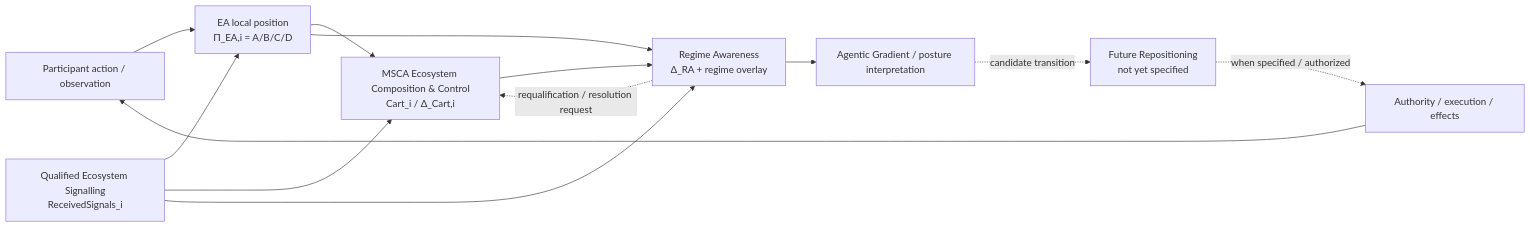
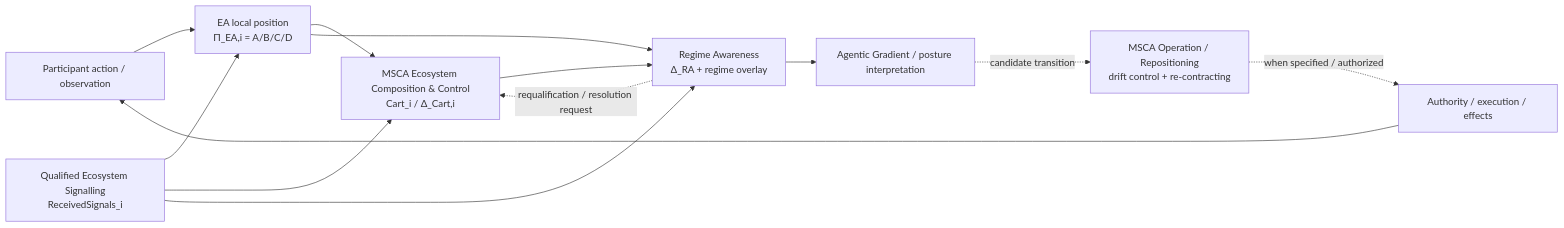
The diagram in architectural-contributions/ecosystem-positioning/README.md (dakleyer/structural-awareness-contributions), drawn with Mermaid before and after one commit. The commit also changed other lines of this file, not shown here.

Commit message:
Promote canonical repositioning in Ecosystem Positioning circuit

````diff
--- a/architectural-contributions/ecosystem-positioning/README.md
+++ b/architectural-contributions/ecosystem-positioning/README.md
@@ -39,24 +39,24 @@
 ```mermaid
 flowchart LR
     A[Participant action / observation]
     E[EA local position<br/>Π_EA,i = A/B/C/D]
     S[Qualified Ecosystem Signalling<br/>ReceivedSignals_i]
     M[MSCA Ecosystem Composition & Control<br/>Cart_i / Δ_Cart,i]
     R[Regime Awareness<br/>Δ_RA + regime overlay]
     G[Agentic Gradient / posture interpretation]
-    P[Future Repositioning<br/>not yet specified]
+    P[MSCA Operation / Repositioning<br/>drift control + re-contracting]
     H[Authority / execution / effects]
 
     A --> E
     S --> E
     E --> M
     S --> M
     M --> R
     E --> R
     S --> R
     R --> G
     G -. candidate transition .-> P
     P -. when specified / authorized .-> H
     H --> A
     R -. requalification / resolution request .-> M
 ```
````
